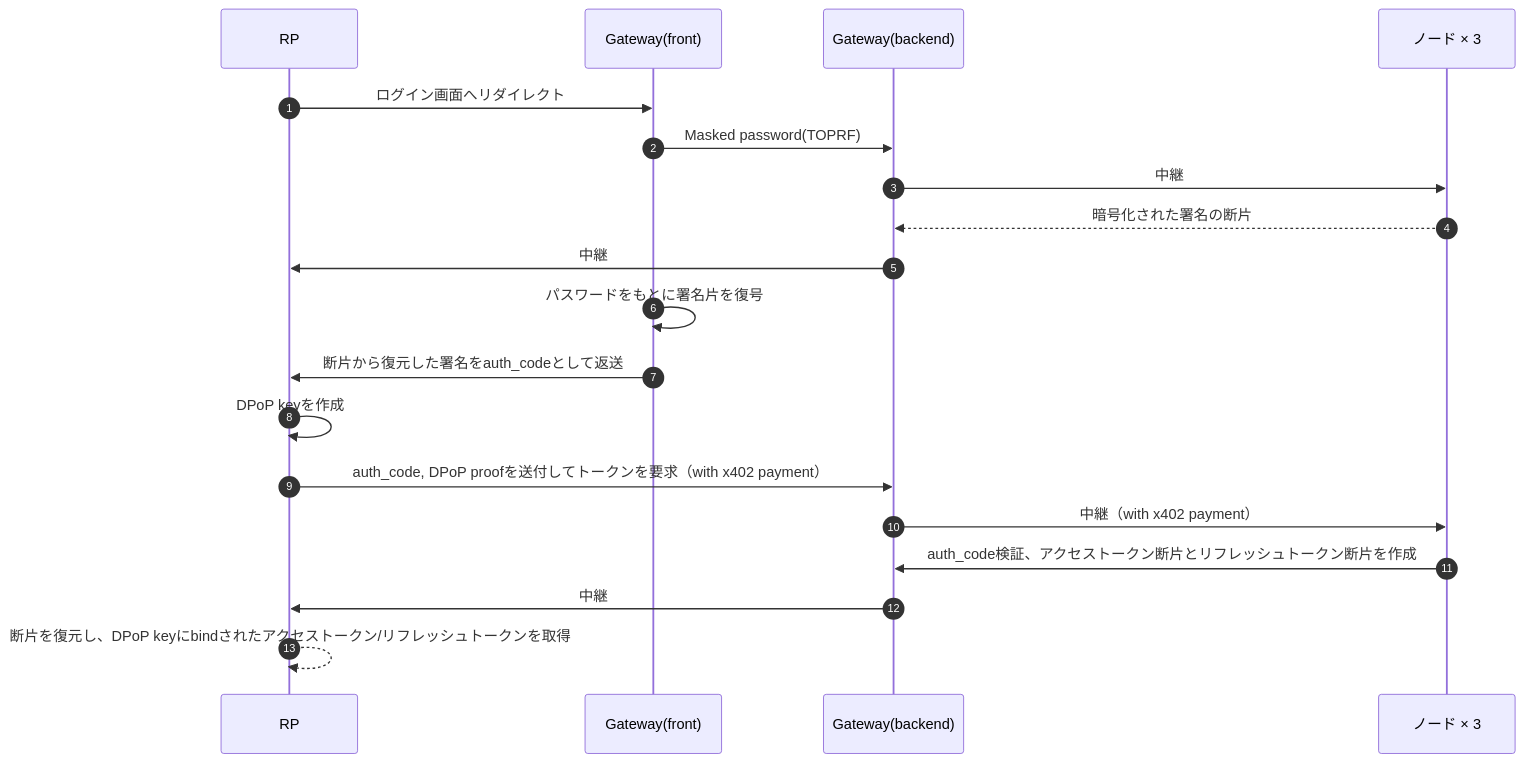
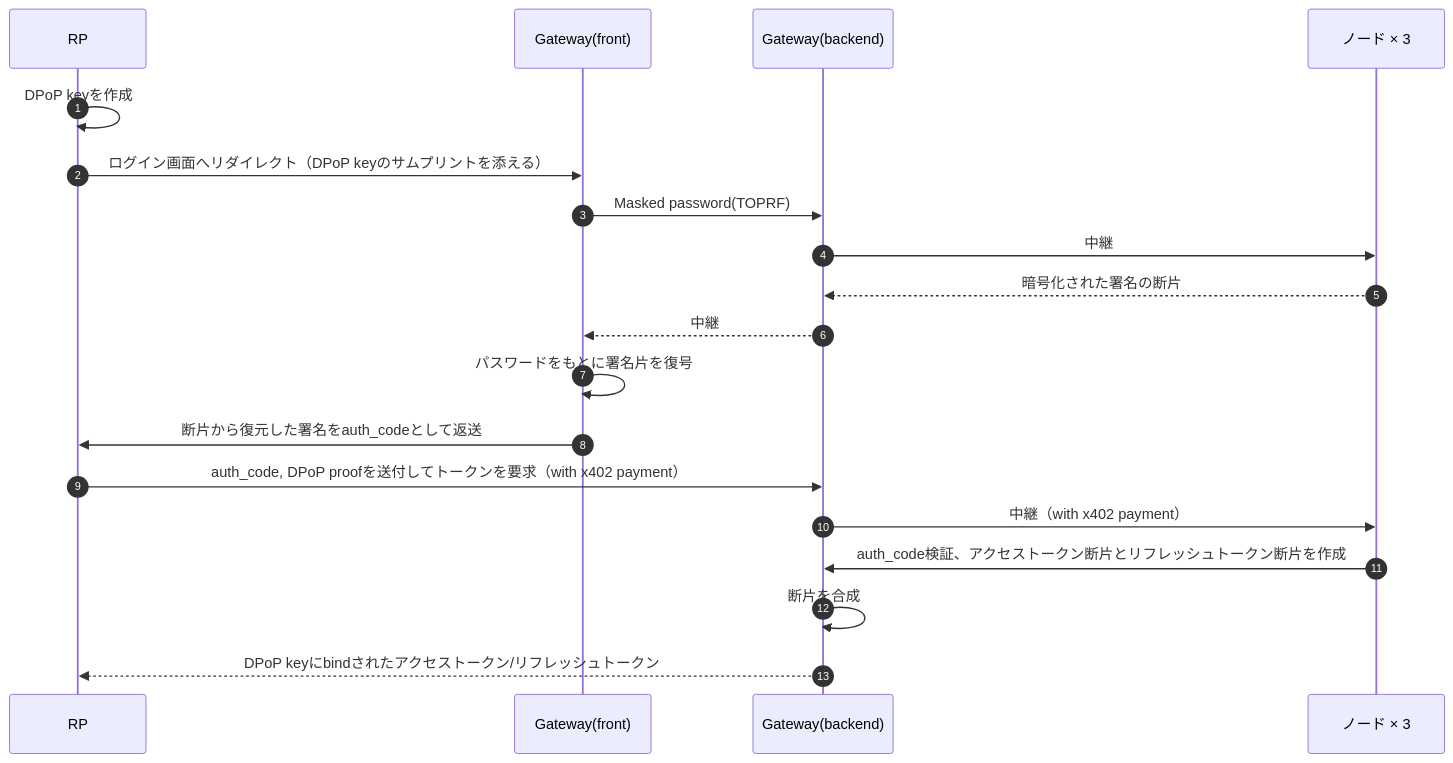
One commit to oskn259/decentralized_idp changed the second of 4 diagrams in docs/requirements/whitepaper.md. Above: the diagram before and after it, drawn with Mermaid. The commit also changed other lines of this file, not shown here.

Commit message:
Align the whitepaper flow diagrams with the OAuth-compatible split
The RP receives finished tokens; the gateway combines the shares. The
DPoP key is created before the redirect so the assertion can be bound
to it. The sign-on shares are relayed to the login page, not to the RP.

Closes #3

````diff
--- a/docs/requirements/whitepaper.md
+++ b/docs/requirements/whitepaper.md
@@ -94,21 +94,21 @@
 ```mermaid
 sequenceDiagram
     autonumber
     participant RP
     participant GF as Gateway(front)
     participant GB as Gateway(backend)
     participant N as ノード × 3
-    RP->>GF: ログイン画面へリダイレクト
+    RP->>RP: DPoP keyを作成
+    RP->>GF: ログイン画面へリダイレクト（DPoP keyのサムプリントを添える）
     GF->>GB: Masked password(TOPRF)
     GB->>N: 中継
     N-->>GB: 暗号化された署名の断片
-    GB->>RP: 中継
+    GB-->>GF: 中継
     GF->>GF: パスワードをもとに署名片を復号
     GF->>RP: 断片から復元した署名をauth_codeとして返送
-    RP->>RP: DPoP keyを作成
     RP->>GB: auth_code, DPoP proofを送付してトークンを要求（with x402 payment）
     GB->>N: 中継（with x402 payment）
     N->>GB: auth_code検証、アクセストークン断片とリフレッシュトークン断片を作成
-    GB->>RP: 中継
-    RP-->>RP: 断片を復元し、DPoP keyにbindされたアクセストークン/リフレッシュトークンを取得
+    GB->>GB: 断片を合成
+    GB-->>RP: DPoP keyにbindされたアクセストークン/リフレッシュトークン
 ```
````
